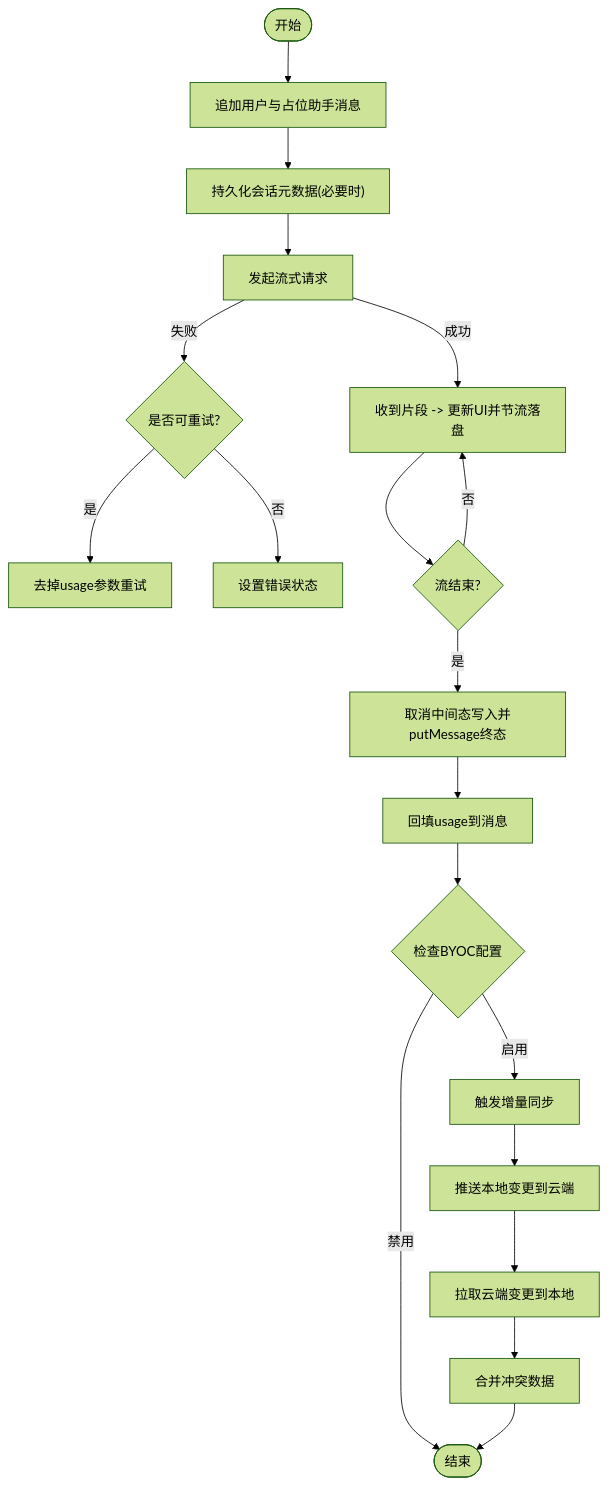
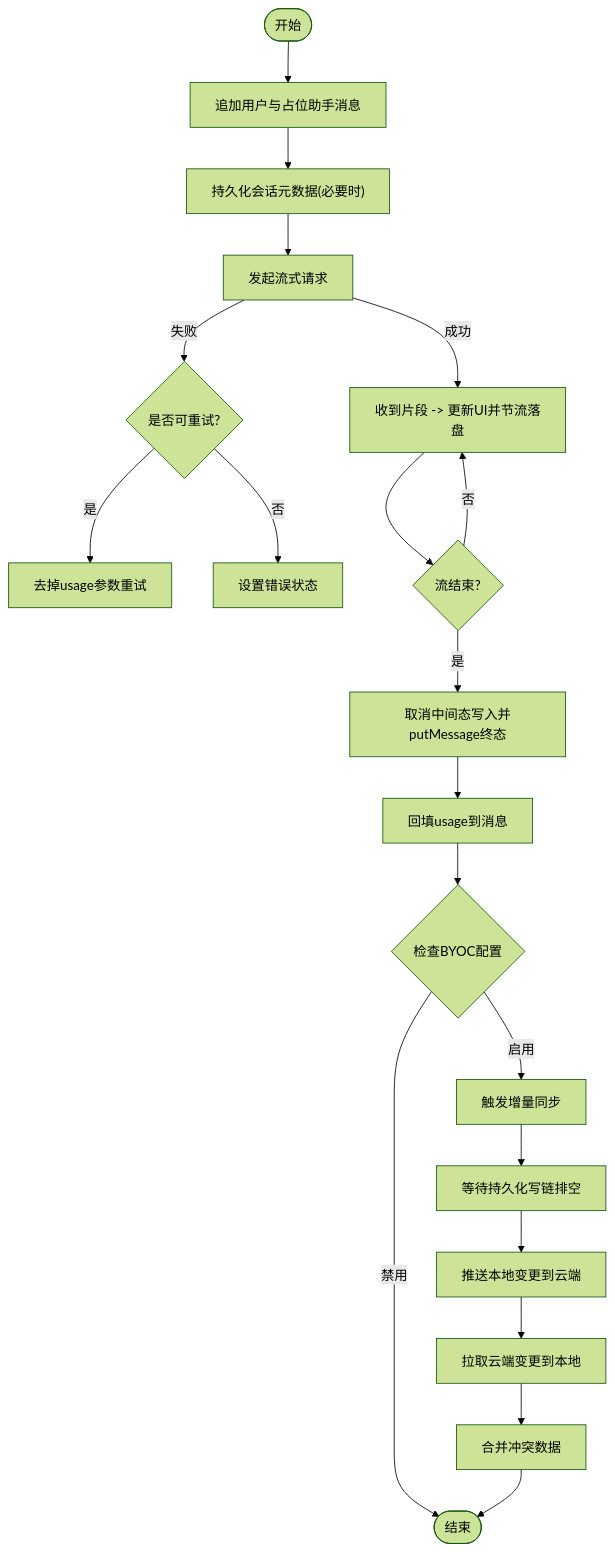
One commit to billye220670/AIShop changed the third of 6 diagrams in .qoder/repowiki/zh/content/架构设计/数据流设计/数据同步机制.md. Above: the diagram before and after it, drawn with Mermaid (forest theme). The commit also changed other lines of this file and 7 other files, not shown here.

Commit message:
feat: 发送前图片压缩(最长边1280px/JPEG0.82) + 气泡图片微信式尺寸(横240竖360)

````diff
--- a/.qoder/repowiki/zh/content/架构设计/数据流设计/数据同步机制.md
+++ b/.qoder/repowiki/zh/content/架构设计/数据流设计/数据同步机制.md
@@ -172,21 +171,22 @@
 ```mermaid
 flowchart TD
 Start(["开始"]) --> Append["追加用户与占位助手消息"]
 Append --> PersistMeta["持久化会话元数据(必要时)"]
 PersistMeta --> StreamReq["发起流式请求"]
 StreamReq --> |成功| OnChunk["收到片段 -> 更新UI并节流落盘"]
 StreamReq --> |失败| Retry{"是否可重试?"}
 Retry --> |是| ReSend["去掉usage参数重试"]
 Retry --> |否| SetError["设置错误状态"]
 OnChunk --> Done{"流结束?"}
 Done --> |否| OnChunk
 Done --> |是| FinalWrite["取消中间态写入并putMessage终态"]
 FinalWrite --> Usage["回填usage到消息"]
 Usage --> SyncCheck{"检查BYOC配置"}
 SyncCheck --> |启用| ByocSync["触发增量同步"]
 SyncCheck --> |禁用| End(["结束"])
-ByocSync --> PushLocal["推送本地变更到云端"]
+ByocSync --> FlushWait["等待持久化写链排空"]
+FlushWait --> PushLocal["推送本地变更到云端"]
 PushLocal --> PullRemote["拉取云端变更到本地"]
 PullRemote --> Merge["合并冲突数据"]
 Merge --> End
 ```
````
